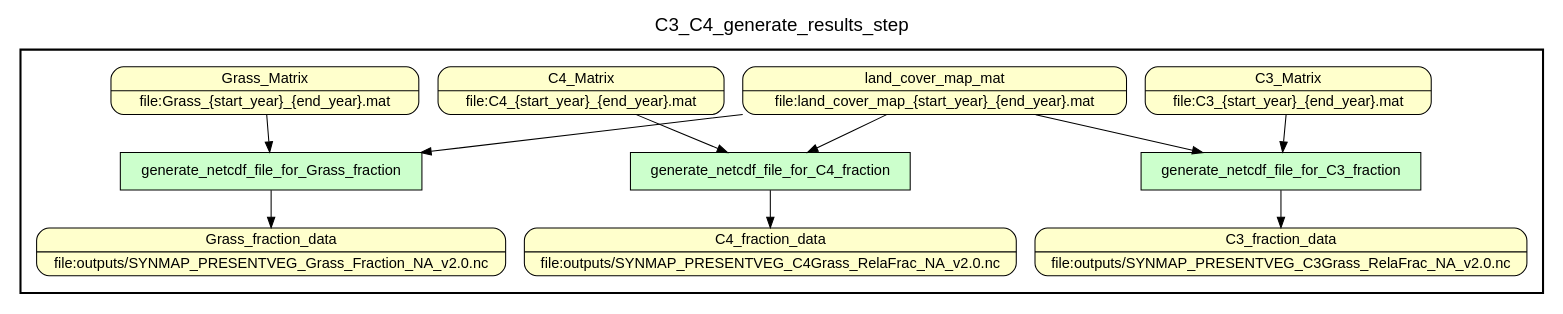
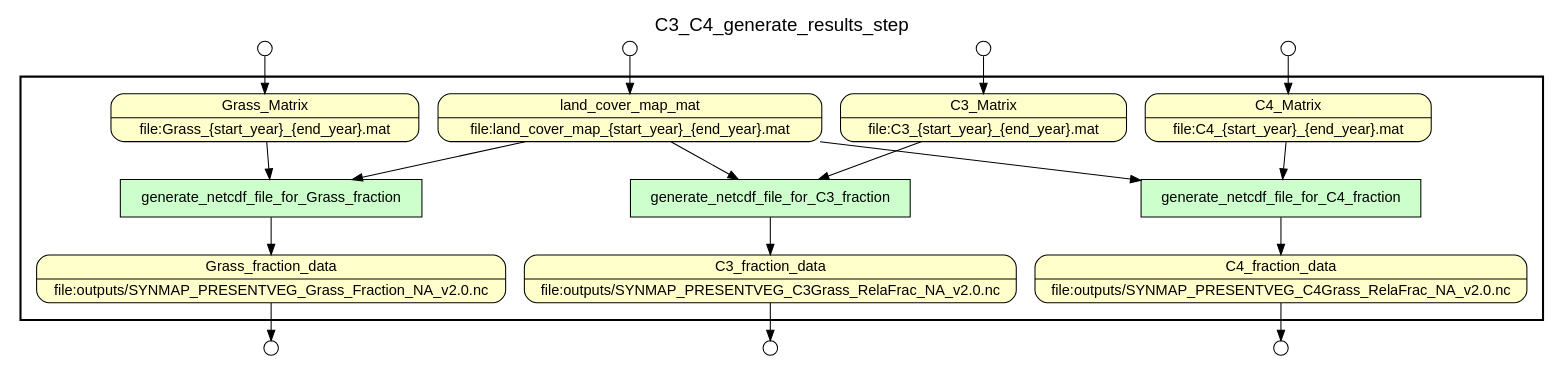
One commit to sycao5/runManager-multipleRuns changed the diagram in examples/C3C4/generate_final_results.gv. Above: the diagram before and after it, drawn with Graphviz. The commit also changed other lines of this file and 10 other files, not shown here.

Commit message:
Fix bugs in the 3 smaller C3C4 scripts and their yw graphs; upload db for record the runs

```diff
--- a/examples/C3C4/generate_final_results.gv
+++ b/examples/C3C4/generate_final_results.gv
@@ -1,49 +1,81 @@
-
 /* Start of top-level graph */
 digraph Workflow {
 rankdir=TB
 
 /* Title for graph */
 fontname=Helvetica; fontsize=18; labelloc=t
 label=C3_C4_generate_results_step
 
 /* Start of double cluster for drawing box around nodes in workflow */
 subgraph cluster_workflow_box_outer { label=""; color=black; penwidth=2
 subgraph cluster_workflow_box_inner { label=""; penwidth=0
 
 /* Style for nodes representing atomic programs in workflow */
 node[shape=box style=filled fillcolor="#CCFFCC" peripheries=1 fontname=Helvetica]
 
 /* Nodes representing atomic programs in workflow */
 generate_netcdf_file_for_C3_fraction
 generate_netcdf_file_for_C4_fraction
 generate_netcdf_file_for_Grass_fraction
 
 /* Style for nodes representing non-parameter data channels in workflow */
 node[shape=box style="rounded,filled" fillcolor="#FFFFCC" peripheries=1 fontname=Helvetica]
 
-/* Nodes representing non-parameter data channels in workflow */
+/* Nodes for non-parameter data channels in workflow */
 C3_fraction_data [shape=record rankdir=LR label="{<f0> C3_fraction_data |<f1> file\:outputs/SYNMAP_PRESENTVEG_C3Grass_RelaFrac_NA_v2.0.nc}"];
 C4_fraction_data [shape=record rankdir=LR label="{<f0> C4_fraction_data |<f1> file\:outputs/SYNMAP_PRESENTVEG_C4Grass_RelaFrac_NA_v2.0.nc}"];
 Grass_fraction_data [shape=record rankdir=LR label="{<f0> Grass_fraction_data |<f1> file\:outputs/SYNMAP_PRESENTVEG_Grass_Fraction_NA_v2.0.nc}"];
 land_cover_map_mat [shape=record rankdir=LR label="{<f0> land_cover_map_mat |<f1> file\:land_cover_map_\{start_year\}_\{end_year\}.mat}"];
 C3_Matrix [shape=record rankdir=LR label="{<f0> C3_Matrix |<f1> file\:C3_\{start_year\}_\{end_year\}.mat}"];
 C4_Matrix [shape=record rankdir=LR label="{<f0> C4_Matrix |<f1> file\:C4_\{start_year\}_\{end_year\}.mat}"];
 Grass_Matrix [shape=record rankdir=LR label="{<f0> Grass_Matrix |<f1> file\:Grass_\{start_year\}_\{end_year\}.mat}"];
+
+/* Style for nodes representing parameter channels in workflow */
+node[shape=box style="rounded,filled" fillcolor="#FCFCFC" peripheries=1 fontname=Helvetica]
+
+/* Nodes representing parameter channels in workflow */
 
 /* Edges representing connections between programs and channels */
 generate_netcdf_file_for_C3_fraction -> C3_fraction_data
 land_cover_map_mat -> generate_netcdf_file_for_C3_fraction
 C3_Matrix -> generate_netcdf_file_for_C3_fraction
 generate_netcdf_file_for_C4_fraction -> C4_fraction_data
 land_cover_map_mat -> generate_netcdf_file_for_C4_fraction
 C4_Matrix -> generate_netcdf_file_for_C4_fraction
 generate_netcdf_file_for_Grass_fraction -> Grass_fraction_data
 land_cover_map_mat -> generate_netcdf_file_for_Grass_fraction
 Grass_Matrix -> generate_netcdf_file_for_Grass_fraction
 
 /* End of double cluster for drawing box around nodes in workflow */
 }}
 
+/* Style for nodes representing workflow input ports */
+node[shape=circle style="rounded,filled" fillcolor="#FFFFFF" peripheries=1 fontname=Helvetica width=0.2]
+
+/* Nodes representing workflow input ports */
+Grass_Matrix_input_port [label=""]
+land_cover_map_mat_input_port [label=""]
+C3_Matrix_input_port [label=""]
+C4_Matrix_input_port [label=""]
+
+/* Style for nodes representing workflow output ports */
+node[shape=circle style="rounded,filled" fillcolor="#FFFFFF" peripheries=1 fontname=Helvetica width=0.2]
+
+/* Nodes representing workflow output ports */
+C3_fraction_data_output_port [label=""]
+C4_fraction_data_output_port [label=""]
+Grass_fraction_data_output_port [label=""]
+
+/* Edges from input ports to channels */
+Grass_Matrix_input_port -> Grass_Matrix
+land_cover_map_mat_input_port -> land_cover_map_mat
+C3_Matrix_input_port -> C3_Matrix
+C4_Matrix_input_port -> C4_Matrix
+
+/* Edges from channels to output ports */
+C3_fraction_data -> C3_fraction_data_output_port
+C4_fraction_data -> C4_fraction_data_output_port
+Grass_fraction_data -> Grass_fraction_data_output_port
+
 /* End of top-level graph */
 }
```
